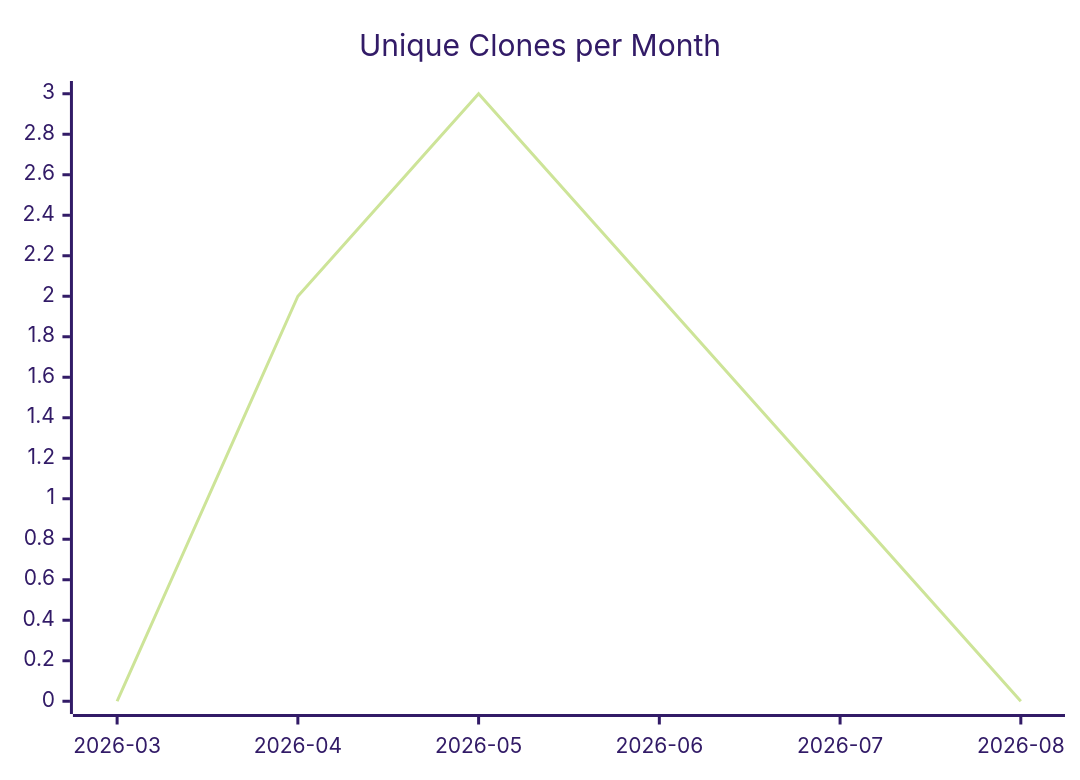
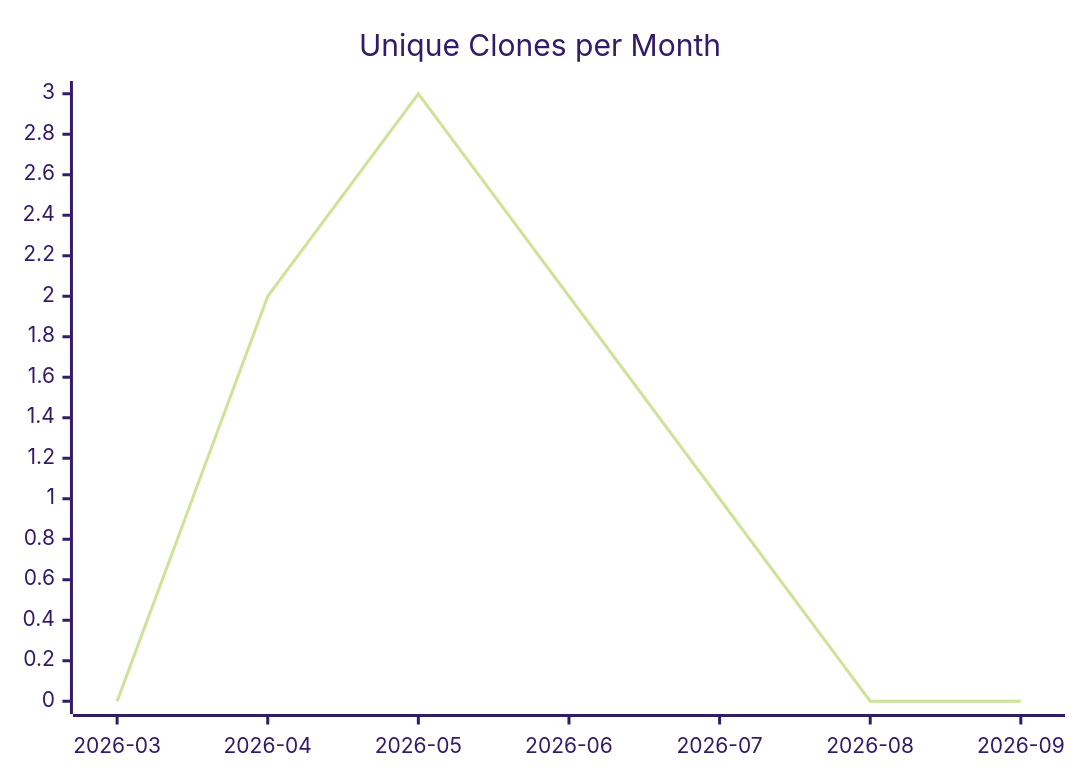
One commit to justdavis-family/github-analytics-data changed the third of 3 diagrams in karlmdavis/ldap-plugin/README.md. Above: the diagram before and after it, drawn with Mermaid (forest theme). The commit also changed other lines of this file and 190 other files, not shown here.

````diff
--- a/karlmdavis/ldap-plugin/README.md
+++ b/karlmdavis/ldap-plugin/README.md
@@ -19,6 +19,6 @@
 ```mermaid
 xychart-beta
   title "Unique Clones per Month"
-  x-axis ["2026-03", "2026-04", "2026-05", "2026-06", "2026-07", "2026-08"]
-  line [0, 2, 3, 2, 1, 0]
+  x-axis ["2026-03", "2026-04", "2026-05", "2026-06", "2026-07", "2026-08", "2026-09"]
+  line [0, 2, 3, 2, 1, 0, 0]
 ```
````
